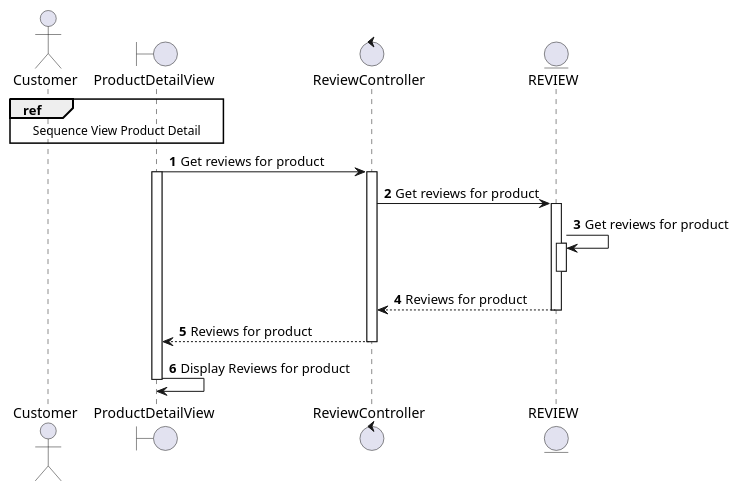
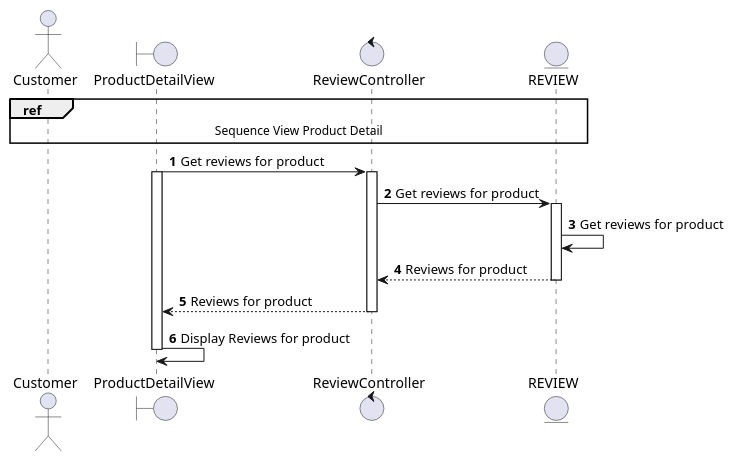
The diagram in docs/docs/sequence/view-product/view-product-reviews.md (electricilies/electricilies.github.io), drawn with PlantUML before and after one commit. The commit also changed 4 other files, not shown here.

Commit message:
fix: yay view-product

````diff
--- a/docs/docs/sequence/view-product/view-product-reviews.md
+++ b/docs/docs/sequence/view-product/view-product-reviews.md
@@ -3,27 +3,25 @@
 ```plantuml
 @startuml
 autonumber
 
 actor Customer as C
 boundary ProductDetailView as PDV
 control ReviewController as RC
 entity REVIEW as R
 
-ref over C, PDV: Sequence View Product Detail
+ref over C, R: Sequence View Product Detail
 PDV -> RC: Get reviews for product
 activate PDV
 activate RC
 RC -> R: Get reviews for product
 activate R
 R -> R: Get reviews for product
-activate R
-deactivate R
 RC <-- R: Reviews for product
 deactivate R
 PDV <-- RC: Reviews for product
 deactivate RC
 PDV -> PDV: Display Reviews for product
 deactivate PDV
 
 @enduml
 ```
````
